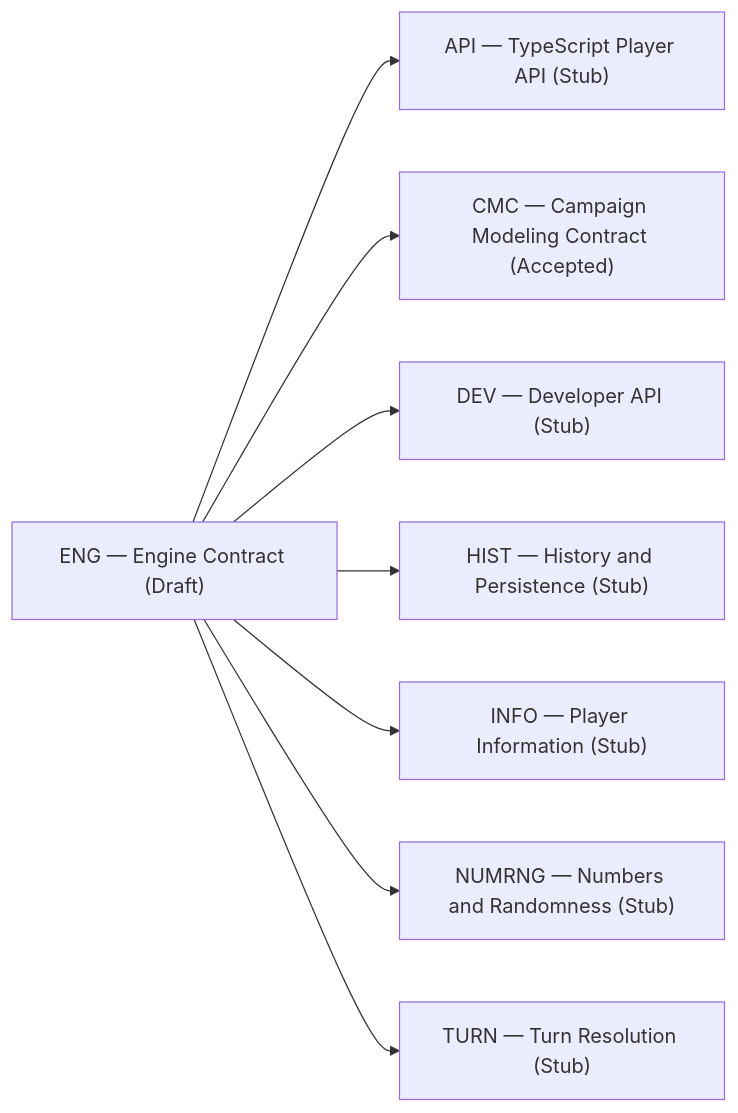
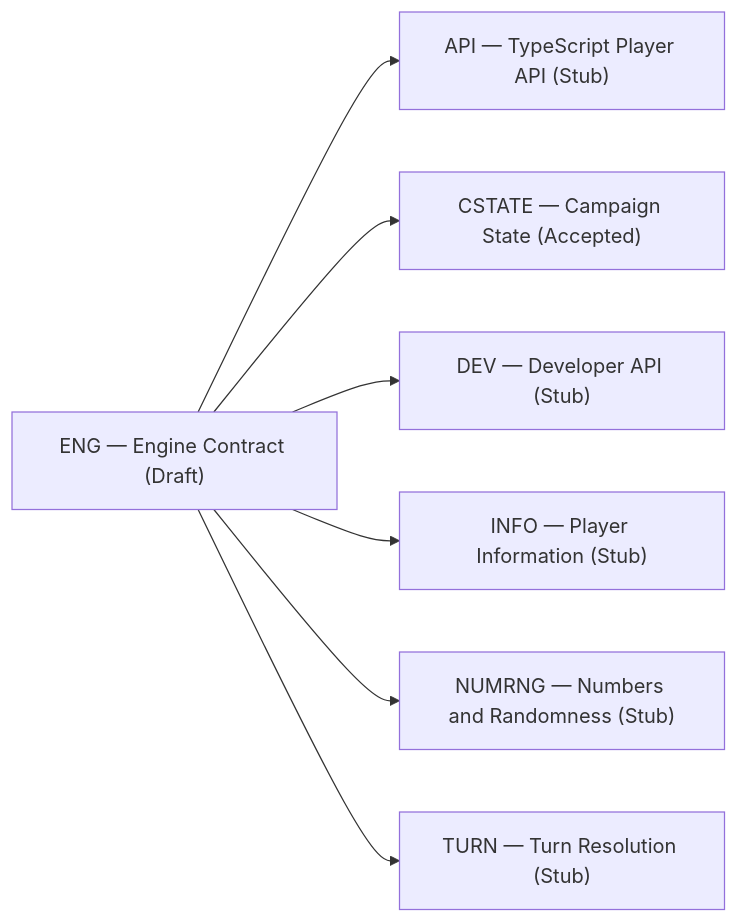
One commit to konrad-jamrozik/game-v5 changed the second of 2 diagrams in docs/derived/relationships/refines.md. Above: the diagram before and after it, drawn with Mermaid. The commit also changed other lines of this file and 39 other files, not shown here.

````diff
--- a/docs/derived/relationships/refines.md
+++ b/docs/derived/relationships/refines.md
@@ -36,18 +39,16 @@
 ```mermaid
 flowchart LR
   API["API — TypeScript Player API (Stub)"]
-  CMC["CMC — Campaign Modeling Contract (Accepted)"]
+  CSTATE["CSTATE — Campaign State (Accepted)"]
   DEV["DEV — Developer API (Stub)"]
   ENG["ENG — Engine Contract (Draft)"]
-  HIST["HIST — History and Persistence (Stub)"]
   INFO["INFO — Player Information (Stub)"]
   NUMRNG["NUMRNG — Numbers and Randomness (Stub)"]
   TURN["TURN — Turn Resolution (Stub)"]
   ENG --> API
-  ENG --> CMC
+  ENG --> CSTATE
   ENG --> DEV
-  ENG --> HIST
   ENG --> INFO
   ENG --> NUMRNG
   ENG --> TURN
 ```
````
